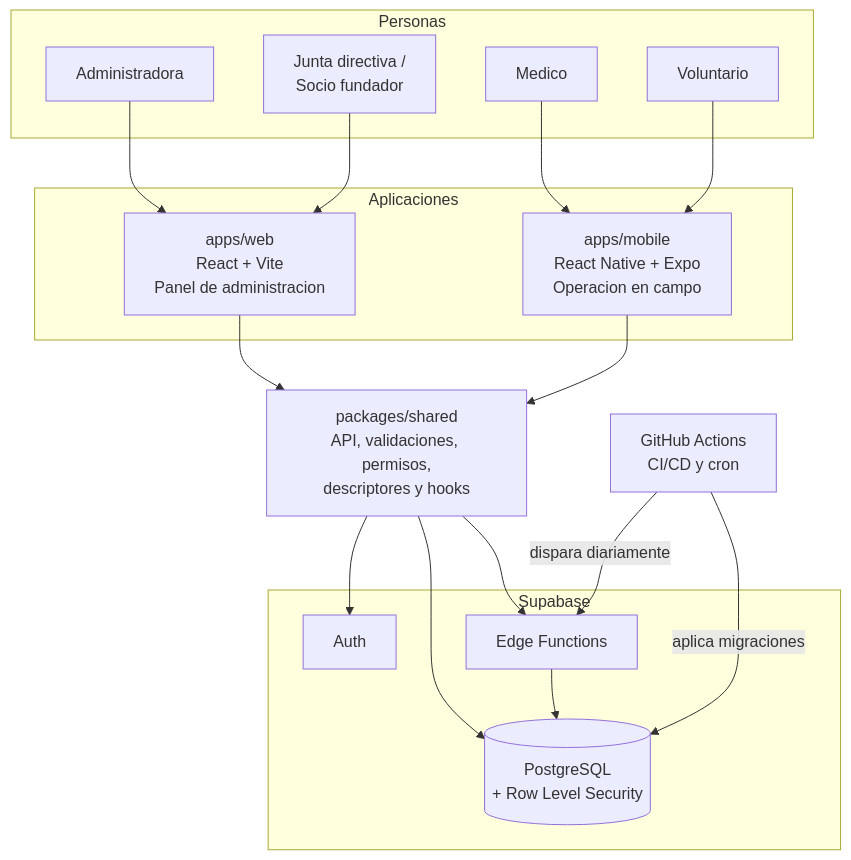
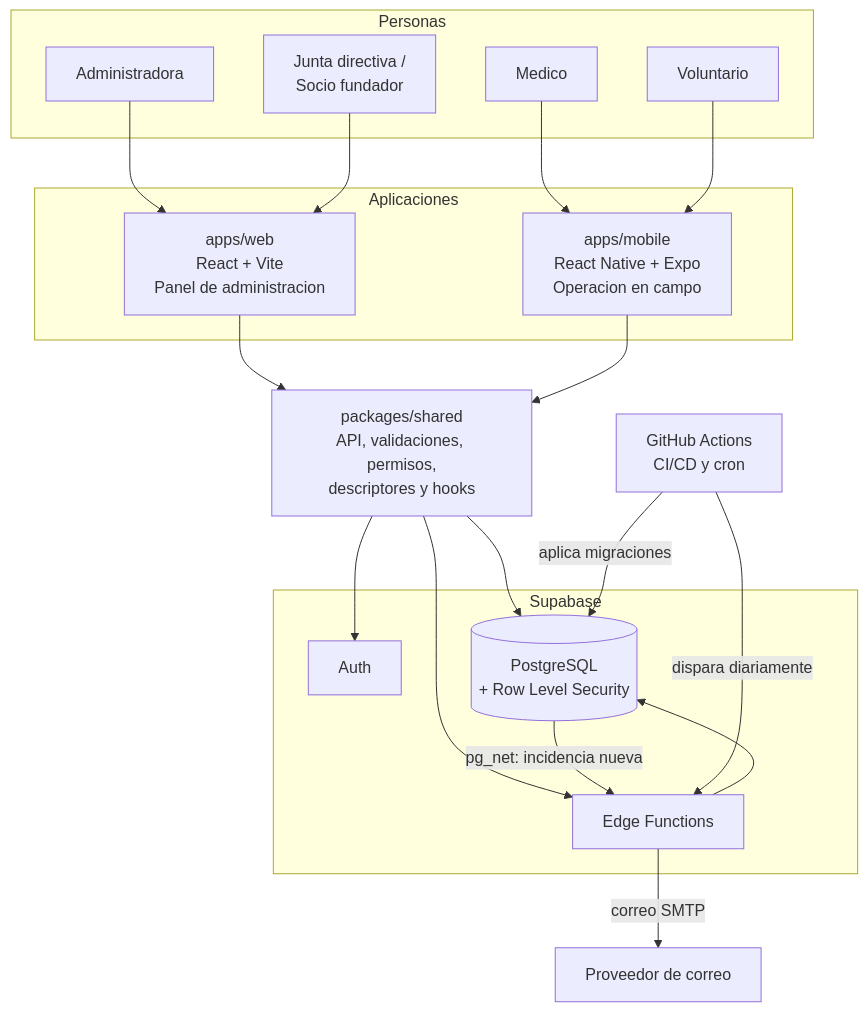
Before and after one commit to URL-ECOPAC/Ecopac-Digital: the first of 4 diagrams in docs/ARQUITECTURA.md, drawn with Mermaid. The commit also changed other lines of this file and 60 other files, not shown here.

````diff
--- a/docs/ARQUITECTURA.md
+++ b/docs/ARQUITECTURA.md
@@ -52,38 +52,40 @@
 ```mermaid
 graph TB
     subgraph Personas
         ADMIN[Administradora]
         JUNTA[Junta directiva /<br/>Socio fundador]
         MEDICO[Medico]
         VOL[Voluntario]
     end
 
     subgraph Aplicaciones
         WEB[apps/web<br/>React + Vite<br/>Panel de administracion]
         MOV[apps/mobile<br/>React Native + Expo<br/>Operacion en campo]
     end
 
     LOGICA[packages/shared<br/>API, validaciones, permisos,<br/>descriptores y hooks]
 
     subgraph Supabase
         AUTH[Auth]
         PG[(PostgreSQL<br/>+ Row Level Security)]
         EDGE[Edge Functions]
     end
 
     GH[GitHub Actions<br/>CI/CD y cron]
 
     ADMIN --> WEB
     JUNTA --> WEB
     MEDICO --> MOV
     VOL --> MOV
 
     WEB --> LOGICA
     MOV --> LOGICA
     LOGICA --> AUTH
     LOGICA --> PG
     LOGICA --> EDGE
     EDGE --> PG
+    PG -->|pg_net: incidencia nueva| EDGE
+    EDGE -->|correo SMTP| SMTP[Proveedor de correo]
     GH -->|dispara diariamente| EDGE
     GH -->|aplica migraciones| PG
 ```
````
